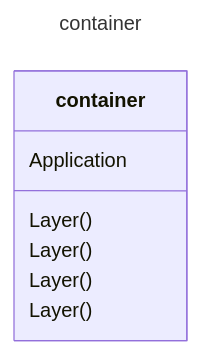
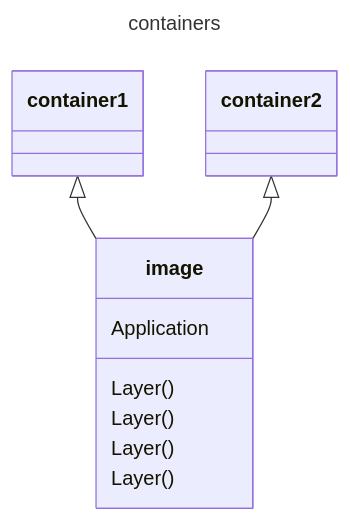
The diagram in A_Walkthroughs/1_Containers.md (xemmel/kubeclass), drawn with Mermaid before and after one commit. The commit also changed other lines of this file, not shown here.

Commit message:
Containers diagrams

````diff
--- a/A_Walkthroughs/1_Containers.md
+++ b/A_Walkthroughs/1_Containers.md
@@ -12,12 +12,19 @@
 ```mermaid
 ---
-title: container
+title: containers
 ---
 classDiagram
-  container: Application
-  container: Layer()
-  container: Layer()
-  container: Layer()
-  container: Layer()
+  
+  image: Application
+  image: Layer()
+  image: Layer()
+  image: Layer()
+  image: Layer()
+
+
+  
+  container1 <|-- image
+  container2 <|-- image
+
 
 ```
````
